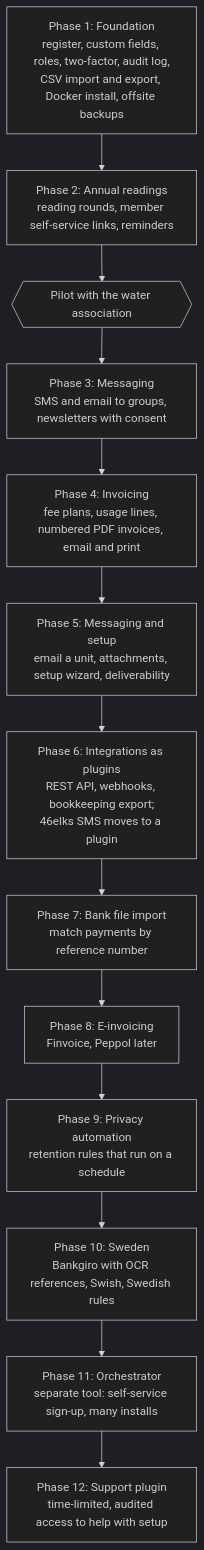
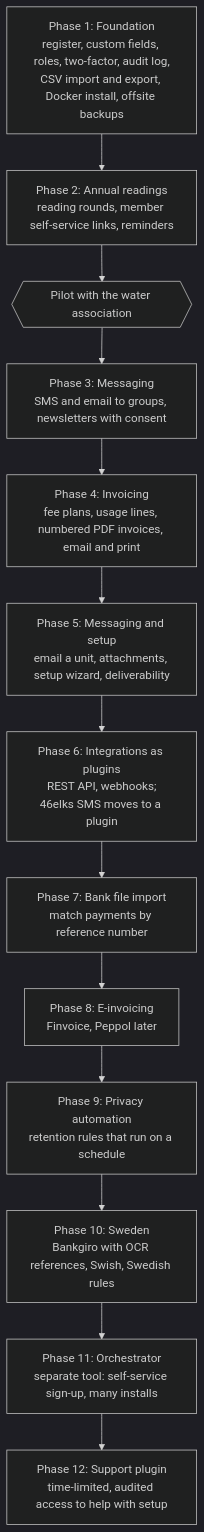
One commit to savv3/Metra changed the second of 2 diagrams in docs/architecture.md. Above: the diagram before and after it, drawn with Mermaid (dark theme). The commit also changed other lines of this file, not shown here.

First line of the commit message:
Roadmap: drop the bookkeeping export from phase 6, keep email in core

````diff
--- a/docs/architecture.md
+++ b/docs/architecture.md
@@ -155,17 +155,17 @@
 ```mermaid
 flowchart TD
     p1[Phase 1: Foundation<br/>register, custom fields, roles, two-factor, audit log,<br/>CSV import and export, Docker install, offsite backups]
     p2[Phase 2: Annual readings<br/>reading rounds, member self-service links, reminders]
     gate{{Pilot with the water association}}
     p3[Phase 3: Messaging<br/>SMS and email to groups, newsletters with consent]
     p4[Phase 4: Invoicing<br/>fee plans, usage lines, numbered PDF invoices, email and print]
     p5[Phase 5: Messaging and setup<br/>email a unit, attachments, setup wizard, deliverability]
-    p6[Phase 6: Integrations as plugins<br/>REST API, webhooks, bookkeeping export;<br/>46elks SMS moves to a plugin]
+    p6[Phase 6: Integrations as plugins<br/>REST API, webhooks;<br/>46elks SMS moves to a plugin]
     p7[Phase 7: Bank file import<br/>match payments by reference number]
     p8[Phase 8: E-invoicing<br/>Finvoice, Peppol later]
     p9[Phase 9: Privacy automation<br/>retention rules that run on a schedule]
     p10[Phase 10: Sweden<br/>Bankgiro with OCR references, Swish, Swedish rules]
     p11[Phase 11: Orchestrator<br/>separate tool: self-service sign-up, many installs]
     p12[Phase 12: Support plugin<br/>time-limited, audited access to help with setup]
     p1 --> p2 --> gate --> p3 --> p4 --> p5 --> p6 --> p7 --> p8 --> p9 --> p10 --> p11 --> p12
 ```
````
